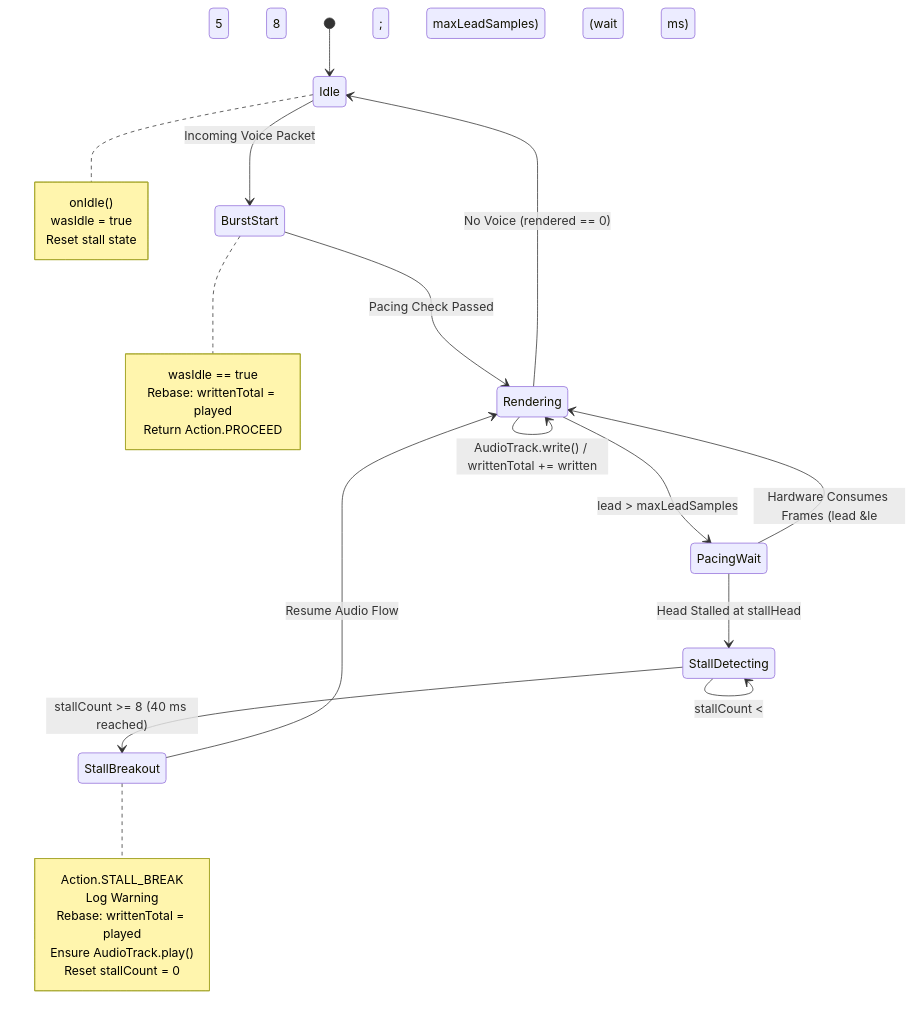
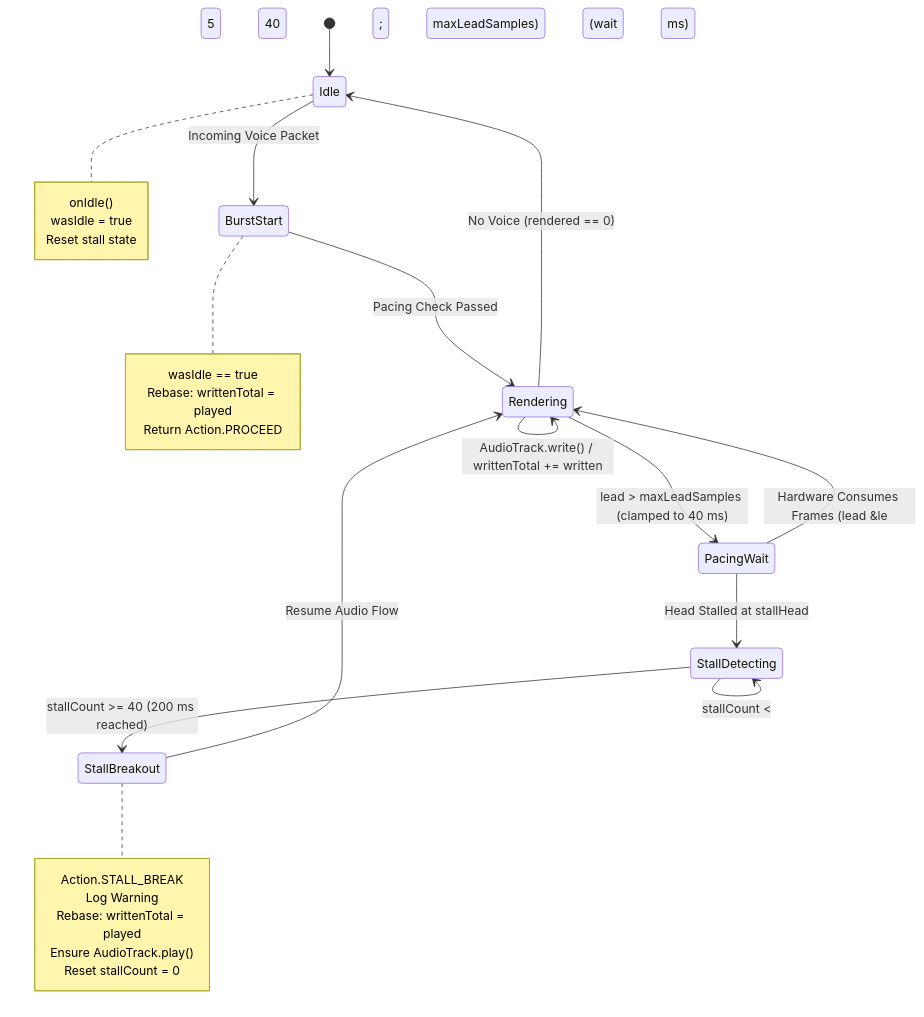
One commit to 360ied/mumla-oled changed the third of 3 diagrams in docs/audio-underrun-deadlock/README.md. Above: the diagram before and after it, drawn with Mermaid. The commit also changed other lines of this file, not shown here.

````diff
--- a/docs/audio-underrun-deadlock/README.md
+++ b/docs/audio-underrun-deadlock/README.md
@@ -243,38 +419,38 @@
 ```mermaid
 stateDiagram-v2
     [*] --> Idle
 
     Idle --> BurstStart: Incoming Voice Packet
     note right of BurstStart
         wasIdle == true
         Rebase: writtenTotal = played
         Return Action.PROCEED
     end note
 
     BurstStart --> Rendering: Pacing Check Passed
     Rendering --> Rendering: AudioTrack.write() / writtenTotal += written
 
-    Rendering --> PacingWait: lead > maxLeadSamples
+    Rendering --> PacingWait: lead > maxLeadSamples (clamped to 40 ms)
     PacingWait --> Rendering: Hardware Consumes Frames (lead &le; maxLeadSamples)
 
     PacingWait --> StallDetecting: Head Stalled at stallHead
-    StallDetecting --> StallDetecting: stallCount &lt; 8 (wait 5 ms)
-    StallDetecting --> StallBreakout: stallCount >= 8 (40 ms reached)
+    StallDetecting --> StallDetecting: stallCount &lt; 40 (wait 5 ms)
+    StallDetecting --> StallBreakout: stallCount >= 40 (200 ms reached)
 
     note right of StallBreakout
         Action.STALL_BREAK
         Log Warning
         Rebase: writtenTotal = played
         Ensure AudioTrack.play()
         Reset stallCount = 0
     end note
 
     StallBreakout --> Rendering: Resume Audio Flow
 
     Rendering --> Idle: No Voice (rendered == 0)
     note right of Idle
         onIdle()
         wasIdle = true
         Reset stall state
     end note
 ```
````
